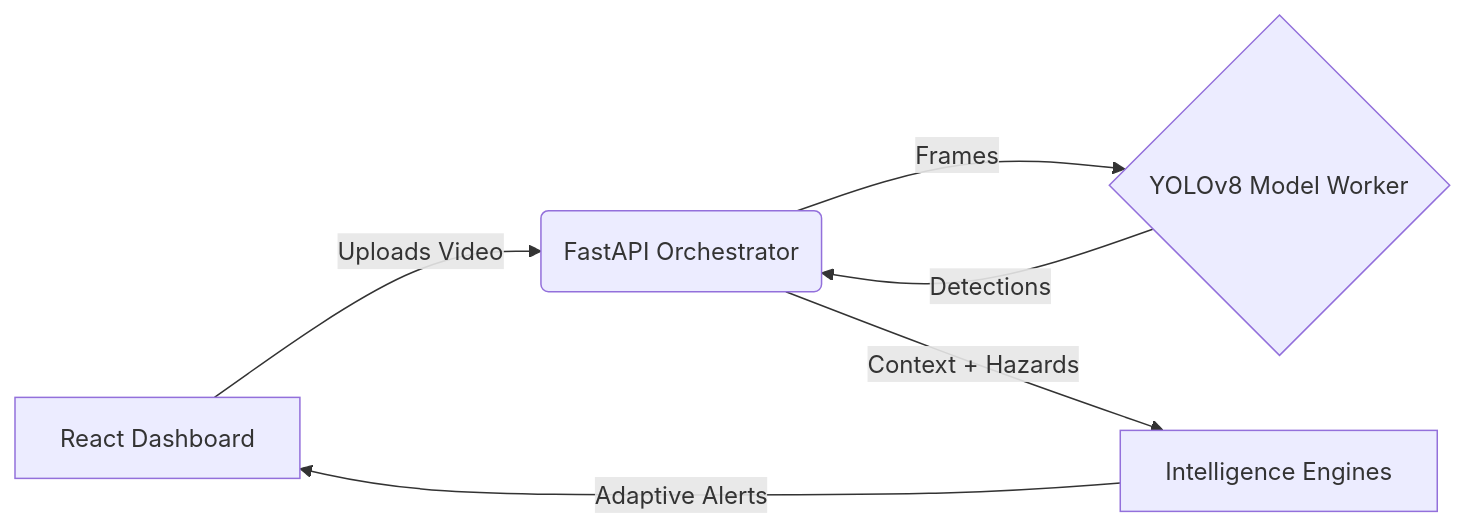
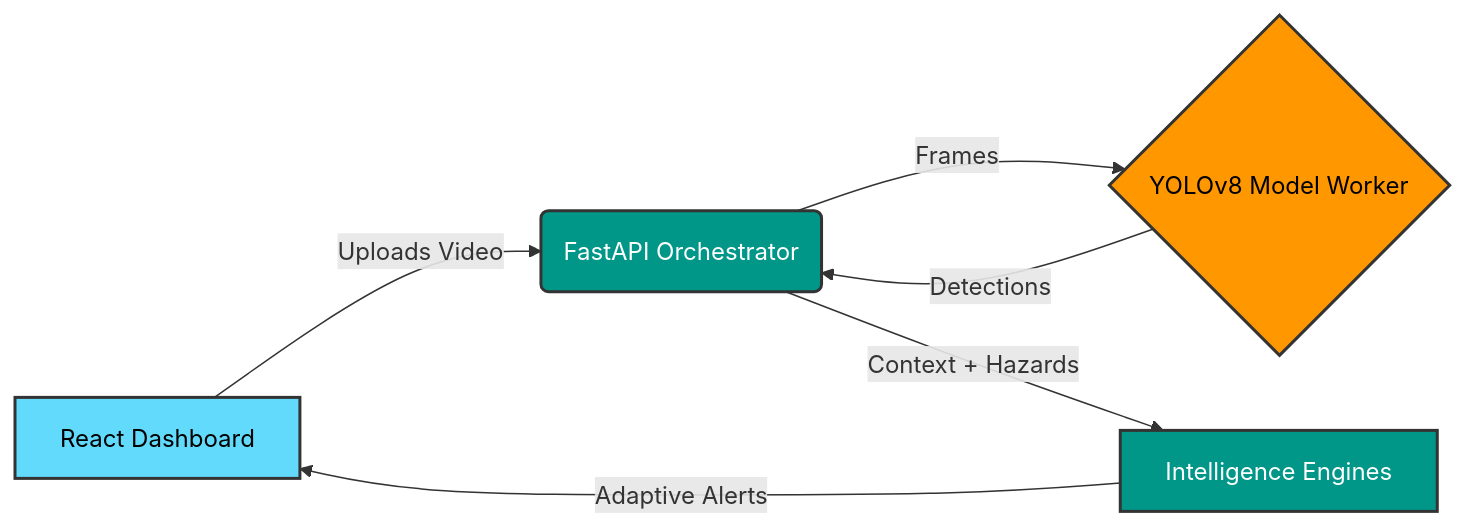
The diagram in README.md (mdkamranalam/roadsense-ai), drawn with Mermaid before and after one commit. The commit also changed other lines of this file and 3 other files, not shown here.

Commit message:
docs: update project documentation with architecture diagram and setup instructions while streamlining backend dependencies

````diff
--- a/README.md
+++ b/README.md
@@ -34,8 +38,16 @@
 ```mermaid
 graph LR
     A[React Dashboard] -->|Uploads Video| B(FastAPI Orchestrator)
     B -->|Frames| C{YOLOv8 Model Worker}
     C -->|Detections| B
     B -->|Context + Hazards| D[Intelligence Engines]
     D -->|Adaptive Alerts| A
+    
+    classDef frontend fill:#61dafb,stroke:#333,stroke-width:2px,color:#000;
+    classDef backend fill:#009688,stroke:#333,stroke-width:2px,color:#fff;
+    classDef ai fill:#ff9800,stroke:#333,stroke-width:2px,color:#000;
+    
+    class A frontend;
+    class B,D backend;
+    class C ai;
 ```
````
